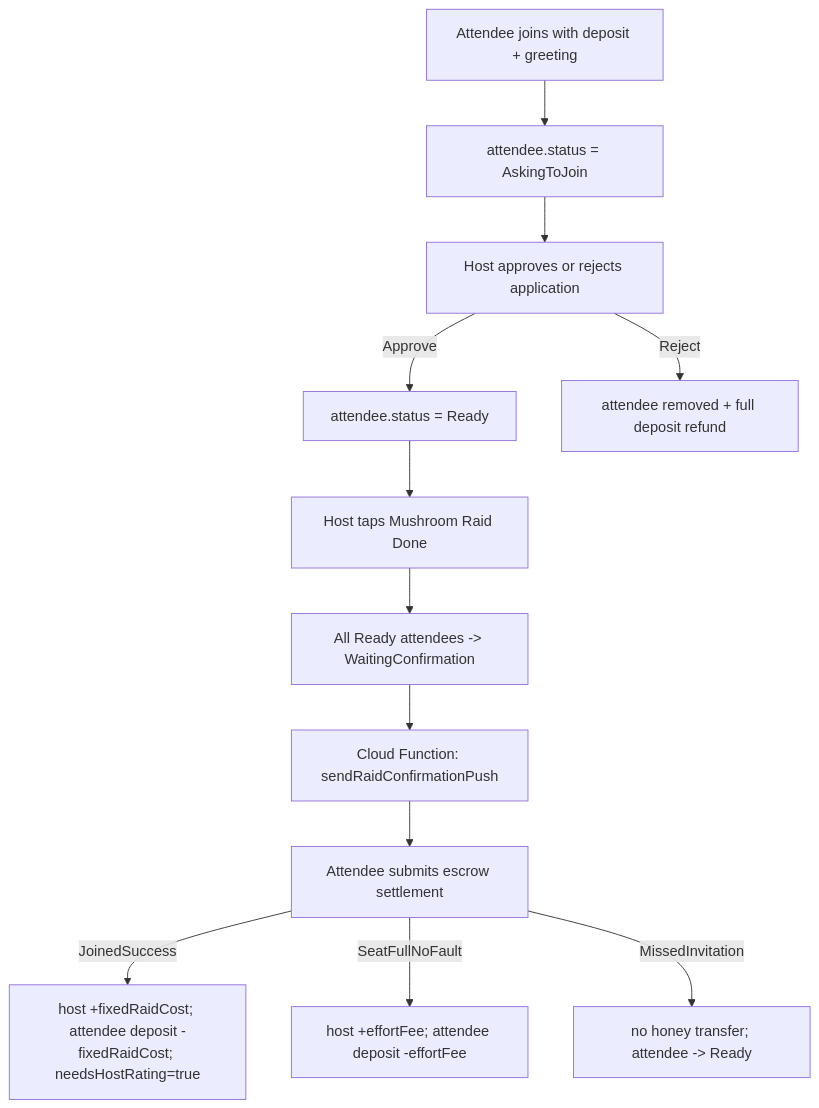
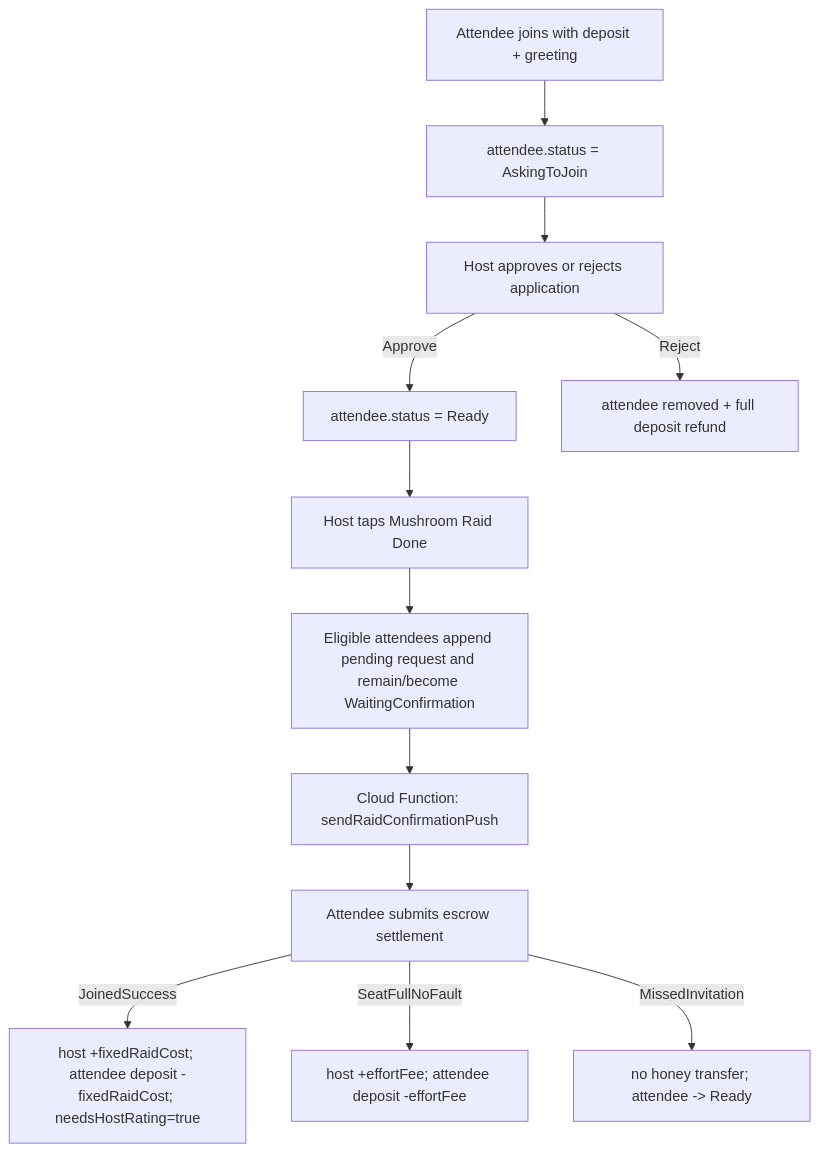
One commit to KenYu910645/mushroomHunter changed the diagram in MUSHROOM.md. Above: the diagram before and after it, drawn with Mermaid. The commit also changed other lines of this file and 11 other files, not shown here.

First line of the commit message:
[FIX] Improve Room Confirmation And Host Raid History Flow

````diff
--- a/MUSHROOM.md
+++ b/MUSHROOM.md
@@ -244,14 +272,14 @@
 ```mermaid
 flowchart TD
     A[Attendee joins with deposit + greeting] --> B[attendee.status = AskingToJoin]
     B --> C[Host approves or rejects application]
     C -->|Approve| D[attendee.status = Ready]
     C -->|Reject| E[attendee removed + full deposit refund]
     D --> F[Host taps Mushroom Raid Done]
-    F --> G[All Ready attendees -> WaitingConfirmation]
+    F --> G[Eligible attendees append pending request and remain/become WaitingConfirmation]
     G --> H[Cloud Function: sendRaidConfirmationPush]
     H --> I[Attendee submits escrow settlement]
     I -->|JoinedSuccess| J[host +fixedRaidCost; attendee deposit -fixedRaidCost; needsHostRating=true]
     I -->|SeatFullNoFault| K[host +effortFee; attendee deposit -effortFee]
     I -->|MissedInvitation| L[no honey transfer; attendee -> Ready]
 ```
````
